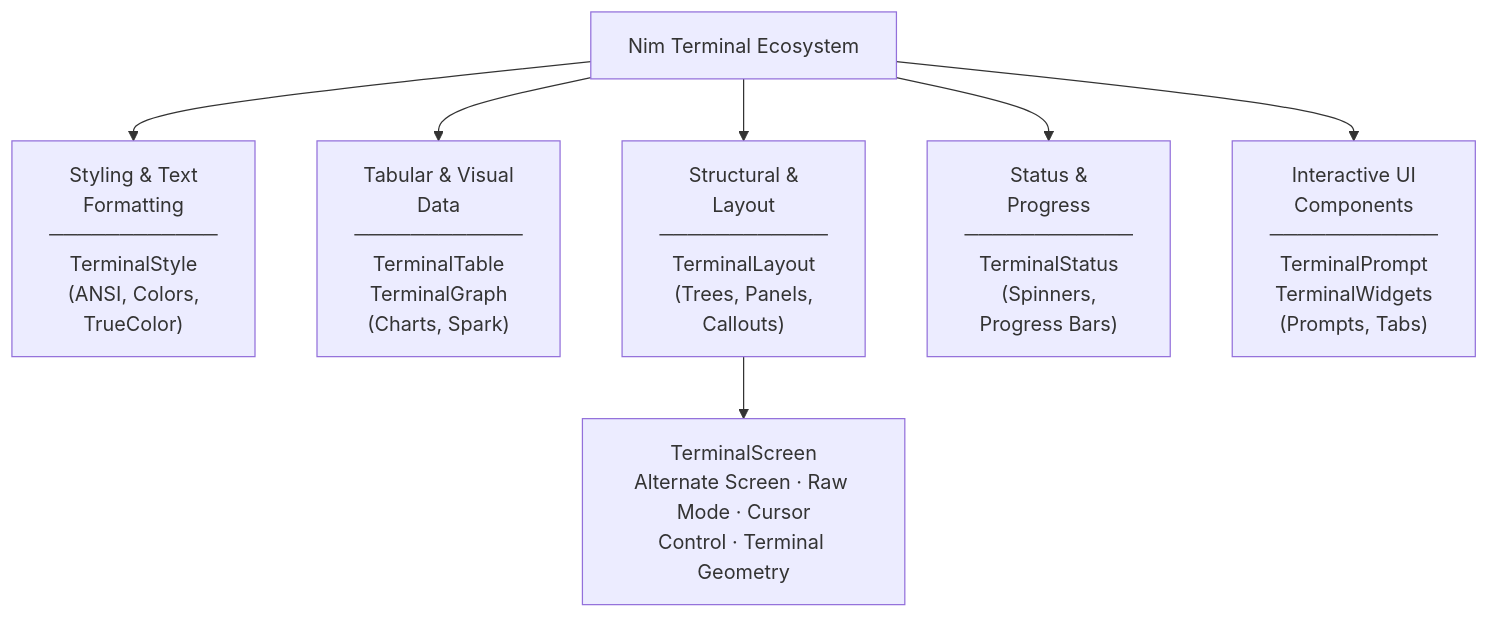
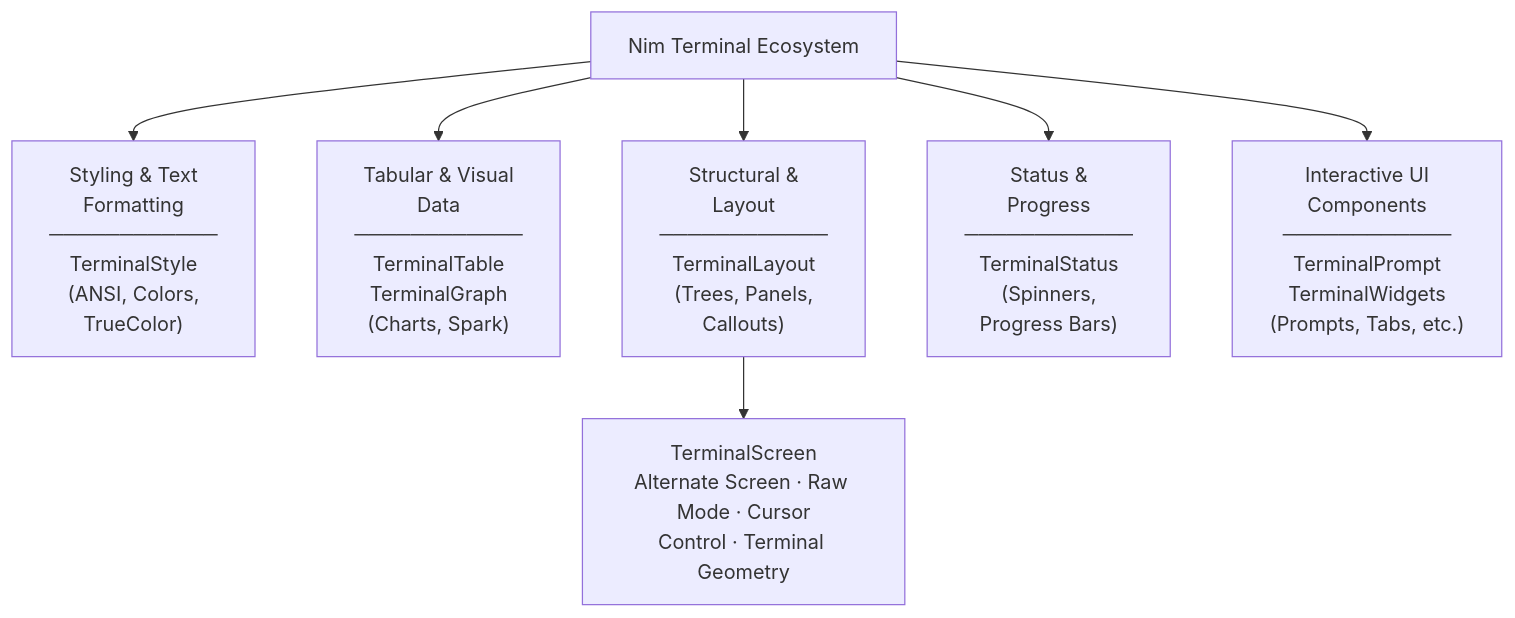
The diagram in README.md (titanomachy/terminal-widgets), drawn with Mermaid before and after one commit. The commit also changed other lines of this file and 4 other files, not shown here.

````diff
--- a/README.md
+++ b/README.md
@@ -40,12 +40,12 @@
 ```mermaid
 flowchart TB
   ecosystem["Nim Terminal Ecosystem"]
 
   ecosystem --> styling["Styling & Text<br/>Formatting<br/>────────────<br/>TerminalStyle<br/>(ANSI, Colors,<br/>TrueColor)"]
   ecosystem --> data["Tabular & Visual<br/>Data<br/>────────────<br/>TerminalTable<br/>TerminalGraph<br/>(Charts, Spark)"]
   ecosystem --> layout["Structural &<br/>Layout<br/>────────────<br/>TerminalLayout<br/>(Trees, Panels,<br/>Callouts)"]
   ecosystem --> status["Status &<br/>Progress<br/>────────────<br/>TerminalStatus<br/>(Spinners,<br/>Progress Bars)"]
-  ecosystem --> interaction["Interactive UI<br/>Components<br/>────────────<br/>TerminalPrompt<br/>TerminalWidgets<br/>(Prompts, Tabs)"]
+  ecosystem --> interaction["Interactive UI<br/>Components<br/>────────────<br/>TerminalPrompt<br/>TerminalWidgets<br/>(Prompts, Tabs, etc.)"]
 
   layout --> terminalScreen["TerminalScreen<br/>Alternate Screen · Raw Mode · Cursor<br/>Control · Terminal Geometry"]
 ```
````
